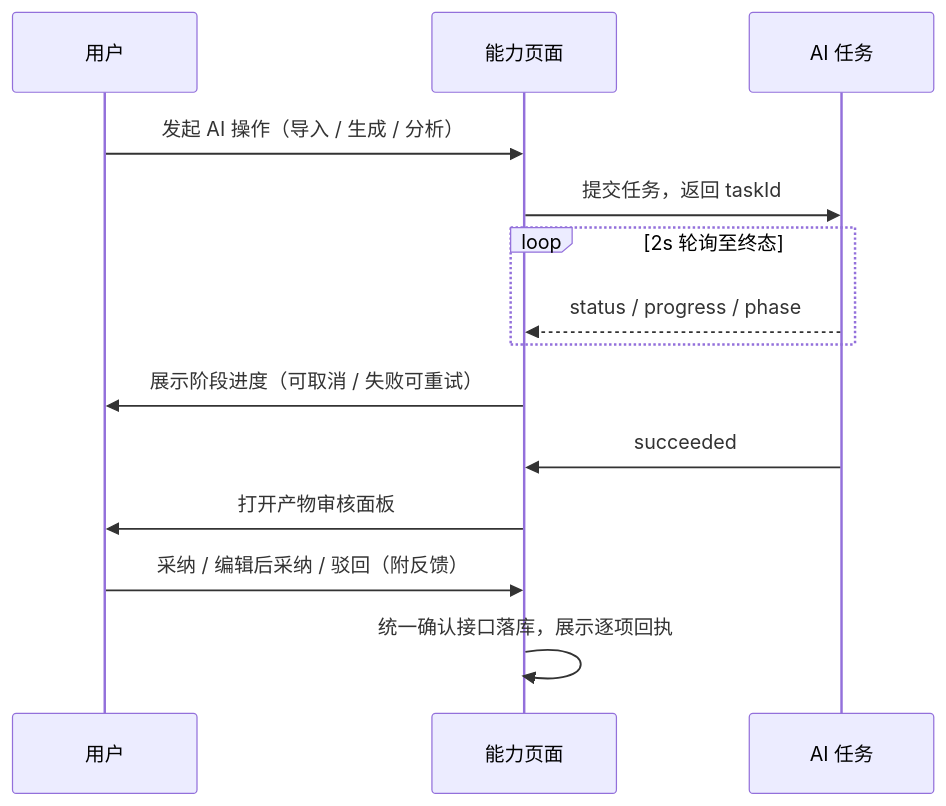
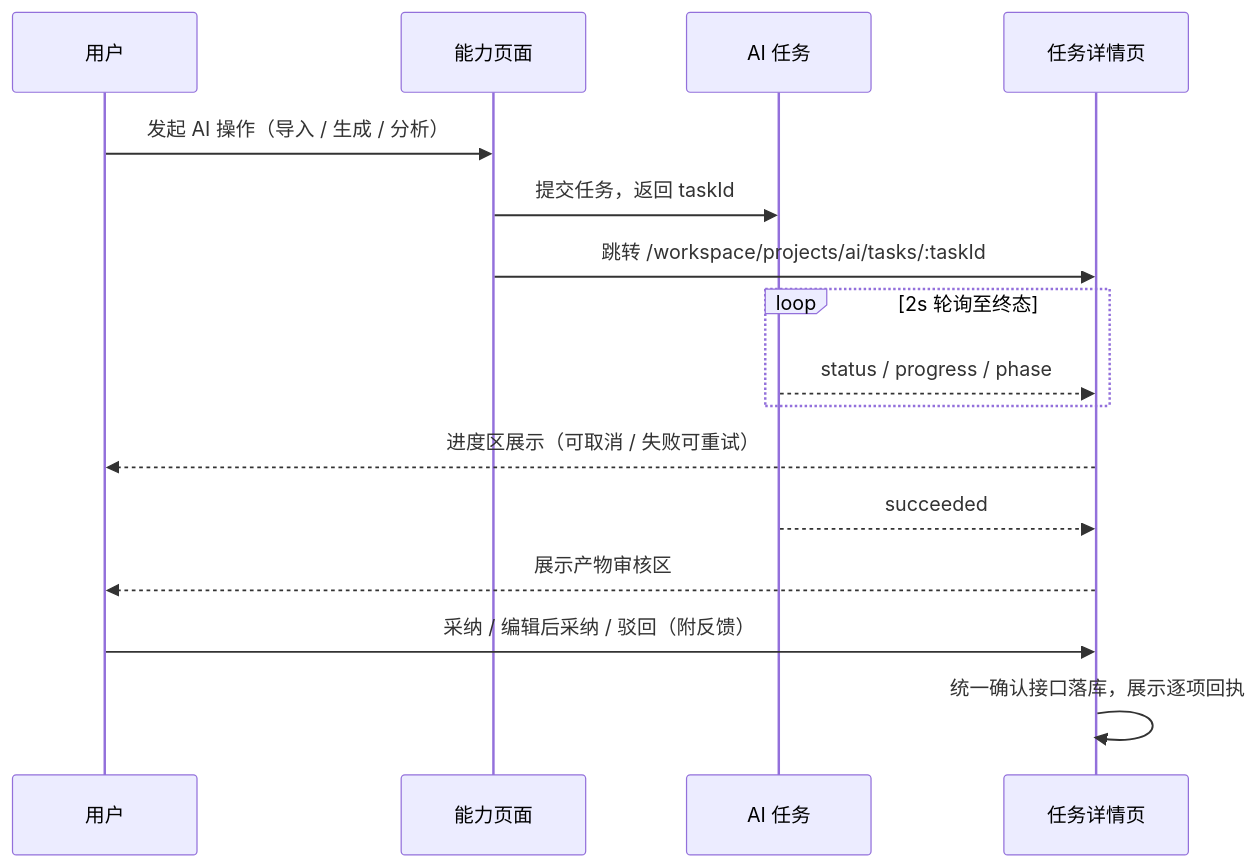
One commit to XiaoMiSum/robotest changed the second of 2 diagrams in docs/05-interaction-design/07-ai-capability/03-ai-task-ui.md. Above: the diagram before and after it, drawn with Mermaid. The commit also changed other lines of this file and 3 other files, not shown here.

````diff
--- a/docs/05-interaction-design/07-ai-capability/03-ai-task-ui.md
+++ b/docs/05-interaction-design/07-ai-capability/03-ai-task-ui.md
@@ -132,16 +137,18 @@
 ```mermaid
 sequenceDiagram
   participant U as 用户
   participant P as 能力页面
   participant T as AI 任务
+  participant D as 任务详情页
   U->>P: 发起 AI 操作（导入 / 生成 / 分析）
   P->>T: 提交任务，返回 taskId
+  P->>D: 跳转 /workspace/projects/ai/tasks/:taskId
   loop 2s 轮询至终态
-    T-->>P: status / progress / phase
+    T-->>D: status / progress / phase
   end
-  P->>U: 展示阶段进度（可取消 / 失败可重试）
-  T->>P: succeeded
-  P->>U: 打开产物审核面板
-  U->>P: 采纳 / 编辑后采纳 / 驳回（附反馈）
-  P->>P: 统一确认接口落库，展示逐项回执
+  D-->>U: 进度区展示（可取消 / 失败可重试）
+  T-->>D: succeeded
+  D-->>U: 展示产物审核区
+  U->>D: 采纳 / 编辑后采纳 / 驳回（附反馈）
+  D->>D: 统一确认接口落库，展示逐项回执
 ```
````
